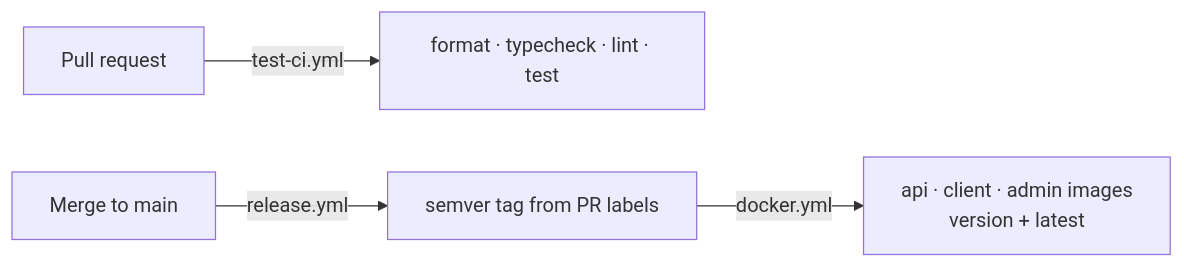
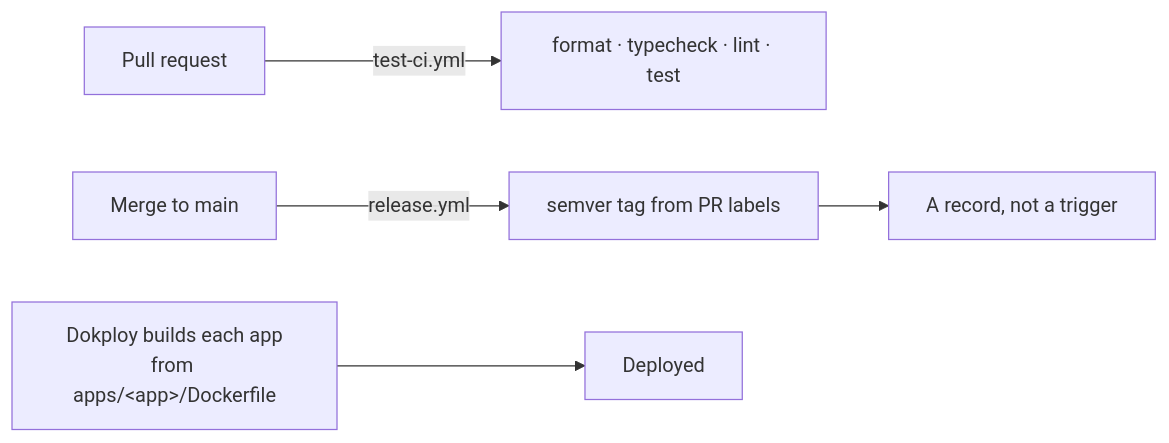
The diagram in docs/architecture/05-operations.md (RetrouveCI/retrouve-ci), drawn with Mermaid before and after one commit. The commit also changed other lines of this file and 8 other files, not shown here.

````diff
--- a/docs/architecture/05-operations.md
+++ b/docs/architecture/05-operations.md
@@ -89,6 +89,7 @@
 ```mermaid
 flowchart LR
   pr[Pull request] -->|test-ci.yml| checks[format · typecheck · lint · test]
   merge[Merge to main] -->|release.yml| tag[semver tag from PR labels]
-  tag -->|docker.yml| images[api · client · admin images<br/>version + latest]
+  tag --> record[A record, not a trigger]
+  dokploy[Dokploy builds each app<br/>from apps/&lt;app&gt;/Dockerfile] --> live[Deployed]
 ```
````
